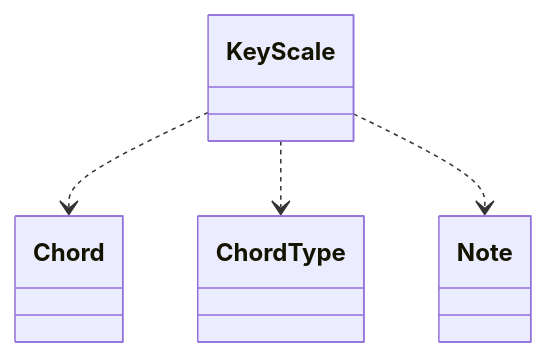
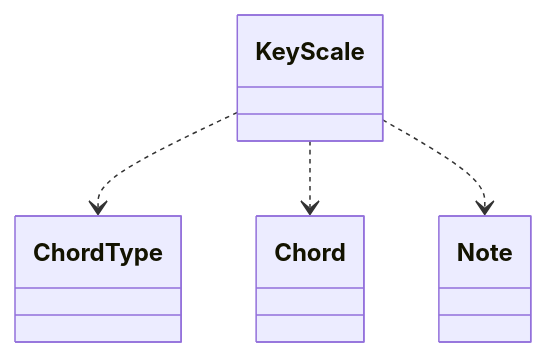
One commit to schnock-art/project_inspector changed diagram 30 of 39 in test/test.md. Above: the diagram before and after it, drawn with Mermaid. The commit also changed other lines of this file and 1 other file, not shown here.

Commit message:
Removed empty mermaid

````diff
--- a/test/test.md
+++ b/test/test.md
@@ -540,6 +540,6 @@
 ```mermaid
 classDiagram
+KeyScale ..> ChordType
 KeyScale ..> Chord
-KeyScale ..> ChordType
 KeyScale ..> Note
 ```
````
